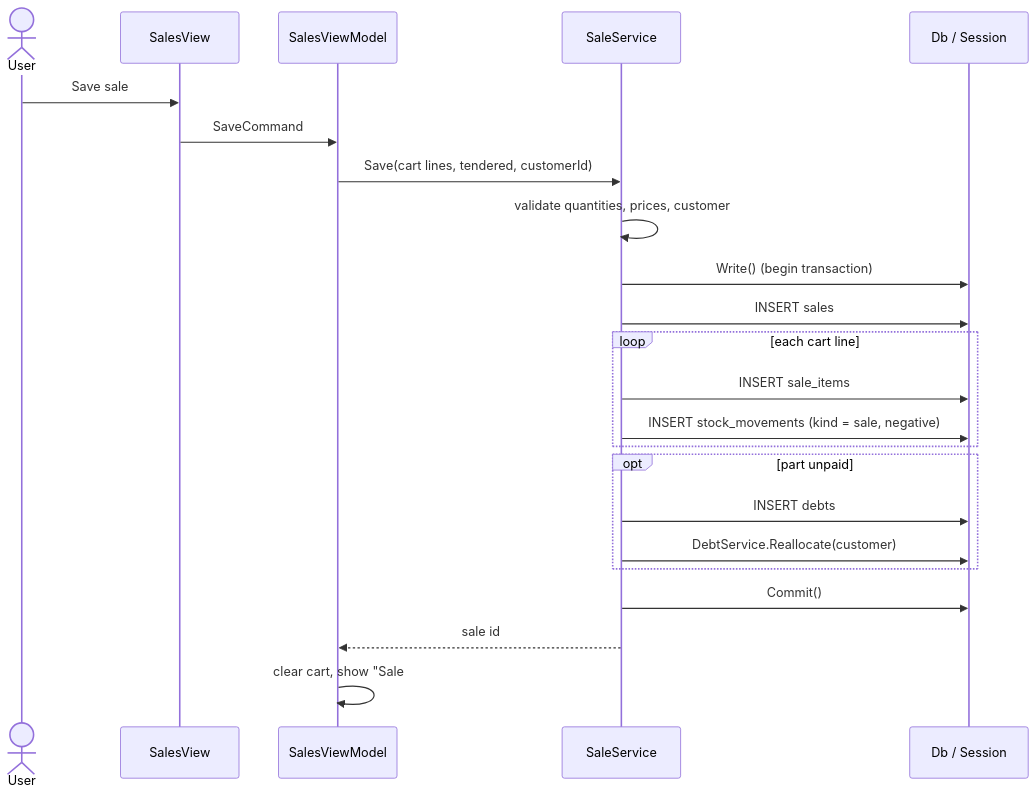
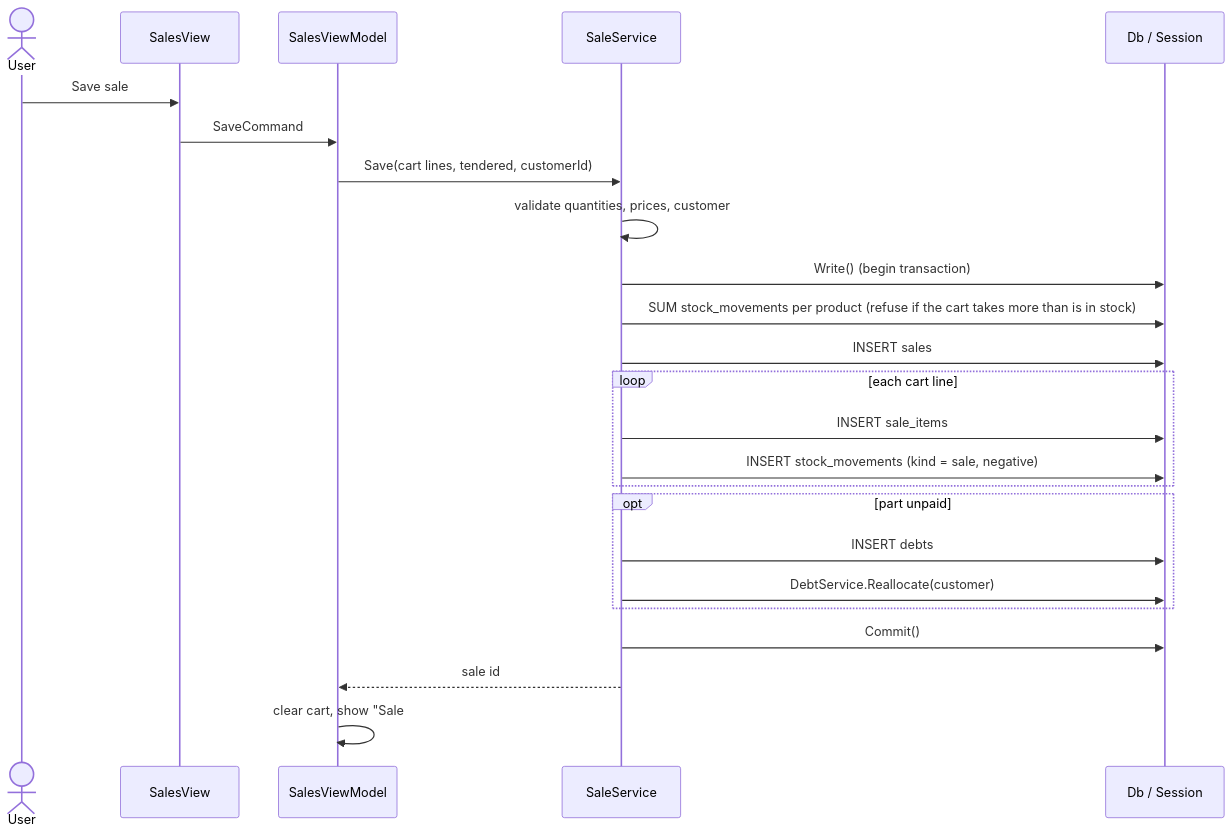
The seventh of 7 diagrams in docs/LLD-class-diagram.md (ShinThantNaung/StorePOS), drawn with Mermaid before and after one commit. The commit also changed other lines of this file and 9 other files, not shown here.

````diff
--- a/docs/LLD-class-diagram.md
+++ b/docs/LLD-class-diagram.md
@@ -632,26 +633,27 @@
 ```mermaid
 sequenceDiagram
     actor User
     participant V as SalesView
     participant VM as SalesViewModel
     participant S as SaleService
     participant DB as Db / Session
 
     User->>V: Save sale
     V->>VM: SaveCommand
     VM->>S: Save(cart lines, tendered, customerId)
     S->>S: validate quantities, prices, customer
     S->>DB: Write() (begin transaction)
+    S->>DB: SUM stock_movements per product (refuse if the cart takes more than is in stock)
     S->>DB: INSERT sales
     loop each cart line
         S->>DB: INSERT sale_items
         S->>DB: INSERT stock_movements (kind = sale, negative)
     end
     opt part unpaid
         S->>DB: INSERT debts
         S->>DB: DebtService.Reallocate(customer)
     end
     S->>DB: Commit()
     S-->>VM: sale id
     VM->>VM: clear cart, show "Sale #0042 saved: 25,000 Ks"
 ```
````
